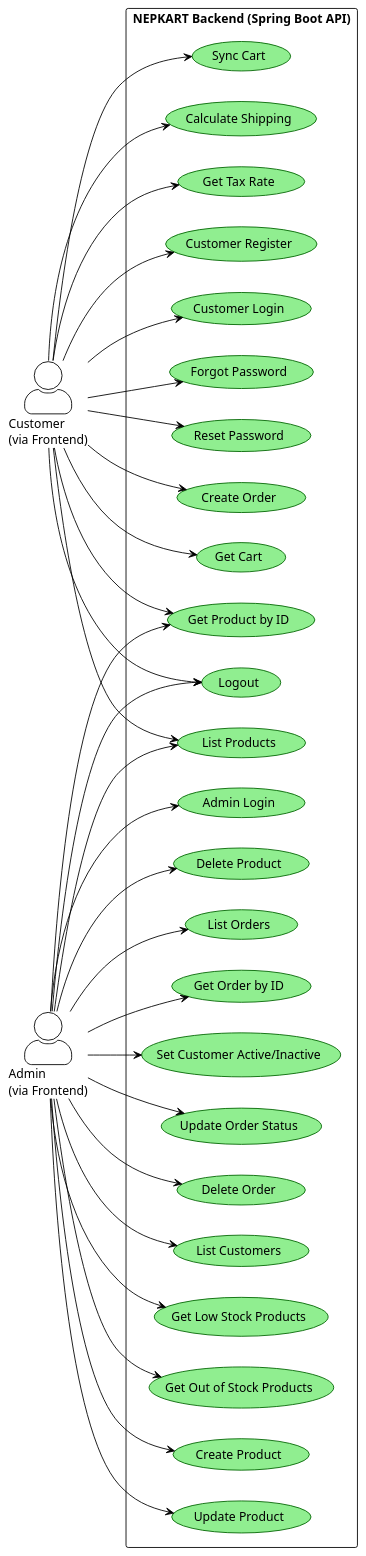
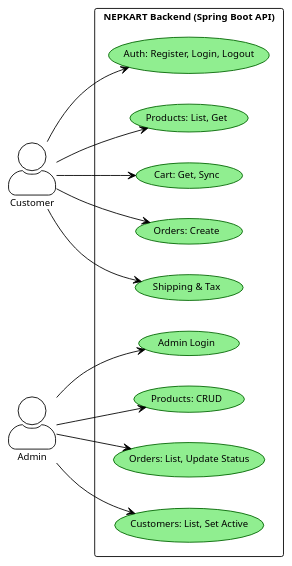
One commit to satchitbasnet/nepkart changed the diagram in docs/use-case-backend.puml. Above: the diagram before and after it, drawn with PlantUML. The commit also changed 17 other files, not shown here.

First line of the commit message:
Supabase default, H2 fallback, sequence diagrams, landscape use case diagrams

```diff
--- a/docs/use-case-backend.puml
+++ b/docs/use-case-backend.puml
@@ -1,70 +1,41 @@
 @startuml NEPKART-Backend-UseCases
+' Landscape format for presentations - export as PNG/SVG at plantuml.com
 !theme plain
 skinparam actorStyle awesome
 skinparam useCase {
   BackgroundColor LightGreen
   BorderColor DarkGreen
 }
-
+skinparam pagesize 1600x900
+skinparam defaultFontSize 11
+' Force landscape: width > height, left-to-right layout
 left to right direction
 
-actor "Customer\n(via Frontend)" as Customer
-actor "Admin\n(via Frontend)" as Admin
+actor "Customer" as Customer
+actor "Admin" as Admin
 
 rectangle "NEPKART Backend (Spring Boot API)" {
-  usecase "Admin Login" as B1
-  usecase "Customer Register" as B2
-  usecase "Customer Login" as B3
-  usecase "Logout" as B4
-  usecase "Forgot Password" as B5
-  usecase "Reset Password" as B6
-  usecase "List Products" as B8
-  usecase "Get Product by ID" as B9
-  usecase "Get Low Stock Products" as B10
-  usecase "Get Out of Stock Products" as B11
-  usecase "Create Product" as B12
-  usecase "Update Product" as B13
-  usecase "Delete Product" as B14
-  usecase "List Orders" as B15
-  usecase "Get Order by ID" as B16
-  usecase "Create Order" as B17
-  usecase "Update Order Status" as B18
-  usecase "Delete Order" as B19
-  usecase "Get Cart" as B20
-  usecase "Sync Cart" as B21
-  usecase "List Customers" as B22
-  usecase "Set Customer Active/Inactive" as B23
-  usecase "Calculate Shipping" as B24
-  usecase "Get Tax Rate" as B25
+  ' Customer
+  usecase "Auth: Register, Login, Logout" as B1
+  usecase "Products: List, Get" as B2
+  usecase "Cart: Get, Sync" as B3
+  usecase "Orders: Create" as B4
+  usecase "Shipping & Tax" as B5
+  ' Admin
+  usecase "Admin Login" as B6
+  usecase "Products: CRUD" as B7
+  usecase "Orders: List, Update Status" as B8
+  usecase "Customers: List, Set Active" as B9
 }
 
+Customer --> B1
 Customer --> B2
 Customer --> B3
 Customer --> B4
 Customer --> B5
-Customer --> B6
-Customer --> B8
-Customer --> B9
-Customer --> B20
-Customer --> B21
-Customer --> B17
-Customer --> B24
-Customer --> B25
 
-Admin --> B1
-Admin --> B4
+Admin --> B6
+Admin --> B7
 Admin --> B8
 Admin --> B9
-Admin --> B10
-Admin --> B11
-Admin --> B12
-Admin --> B13
-Admin --> B14
-Admin --> B15
-Admin --> B16
-Admin --> B18
-Admin --> B19
-Admin --> B22
-Admin --> B23
-
 @enduml
```
